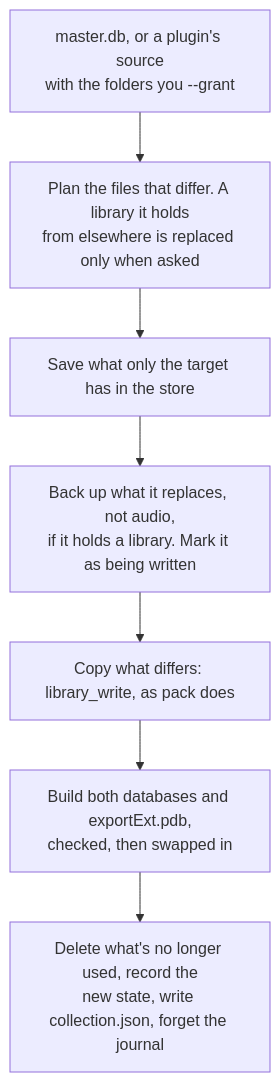
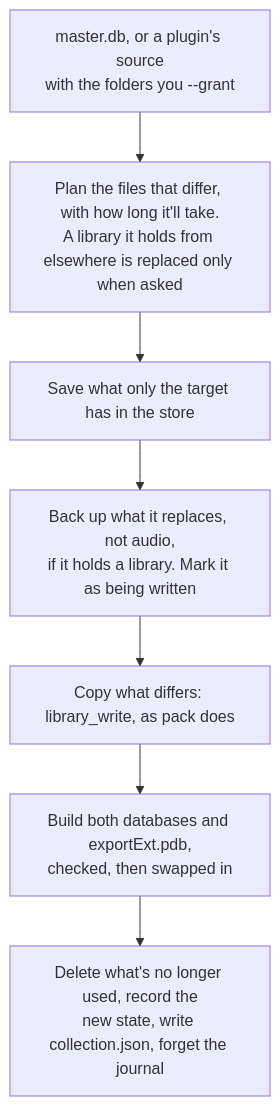
One commit to cutenode/localnetwork changed the fifth of 10 diagrams in apps/locallibrary/docs/diagrams/data.md. Above: the diagram before and after it, drawn with Mermaid. The commit also changed other lines of this file and 6 other files, not shown here.

First line of the commit message:
docs(locallibrary): bring the diagrams up to date with the code

````diff
--- a/apps/locallibrary/docs/diagrams/data.md
+++ b/apps/locallibrary/docs/diagrams/data.md
@@ -95,9 +95,9 @@
 ```mermaid
 flowchart TD
-    source["master.db, or a plugin's source<br/>with the folders you --grant"] --> plan["Plan the files that differ. A library it holds<br/>from elsewhere is replaced only when asked"]
+    source["master.db, or a plugin's source<br/>with the folders you --grant"] --> plan["Plan the files that differ, with how long it'll take.<br/>A library it holds from elsewhere is replaced only when asked"]
     plan --> saved["Save what only the target has in the store"]
     saved --> backup["Back up what it replaces, not audio,<br/>if it holds a library. Mark it as being written"]
     backup --> copy["Copy what differs: library_write, as pack does"]
     copy --> build["Build both databases and exportExt.pdb,<br/>checked, then swapped in"]
     build --> delete["Delete what's no longer used, record the<br/>new state, write collection.json, forget the journal"]
 ```
````
